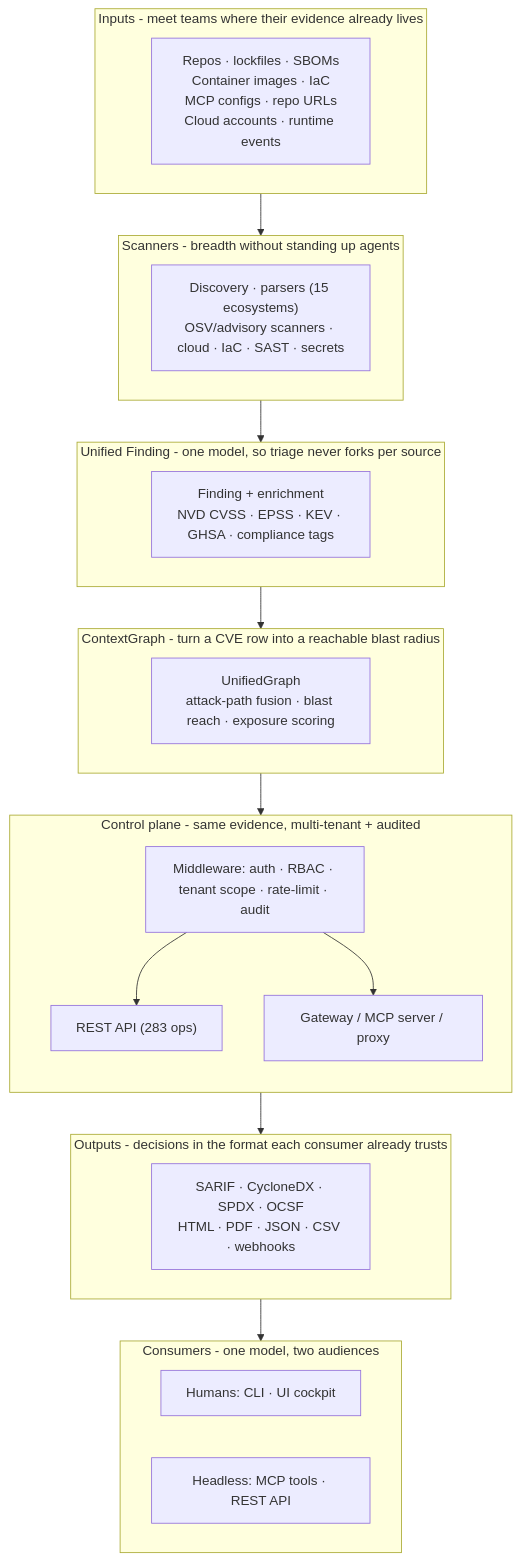
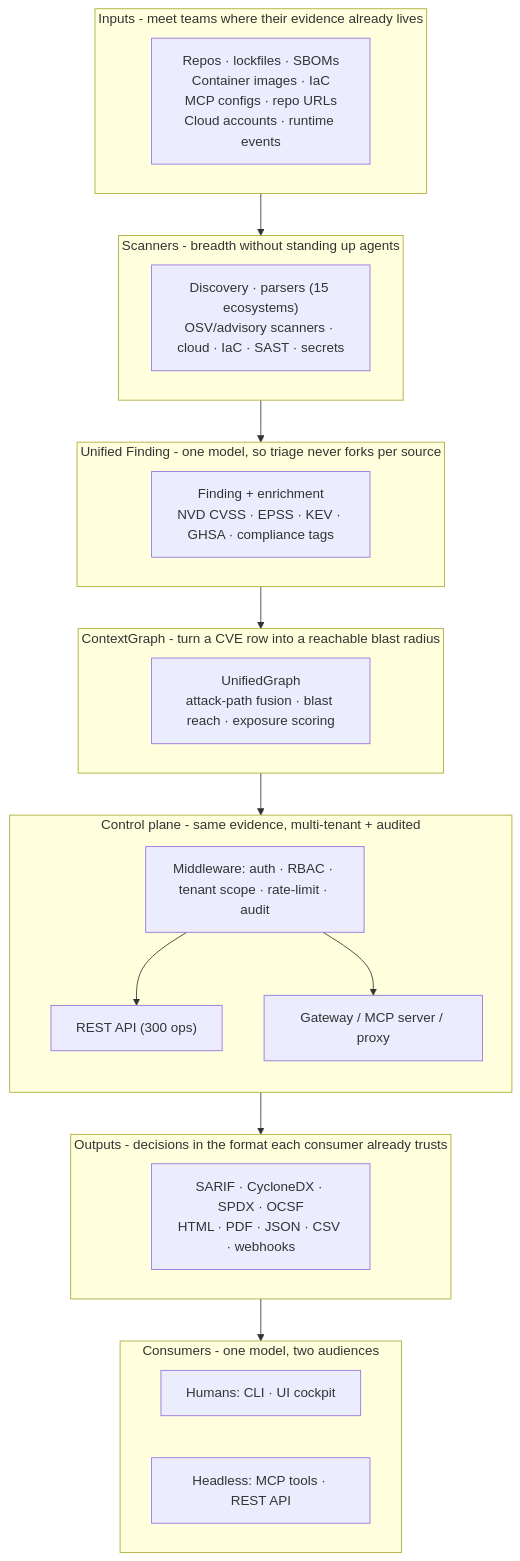
Before and after one commit to msaad00/agent-bom: the second of 9 diagrams in docs/ARCHITECTURE.md, drawn with Mermaid. The commit also changed other lines of this file and 4 other files, not shown here.

First line of the commit message:
docs: reconcile counts to merged main (300 API ops, 36 route modules, 73 MCP tools)

````diff
--- a/docs/ARCHITECTURE.md
+++ b/docs/ARCHITECTURE.md
@@ -61,32 +61,32 @@
 ```mermaid
 flowchart TB
     subgraph L1["Inputs - meet teams where their evidence already lives"]
         IN["Repos · lockfiles · SBOMs\nContainer images · IaC\nMCP configs · repo URLs\nCloud accounts · runtime events"]
     end
     subgraph L2["Scanners - breadth without standing up agents"]
         SC["Discovery · parsers (15 ecosystems)\nOSV/advisory scanners · cloud · IaC · SAST · secrets"]
     end
     subgraph L3["Unified Finding - one model, so triage never forks per source"]
         FD["Finding + enrichment\nNVD CVSS · EPSS · KEV · GHSA · compliance tags"]
     end
     subgraph L4["ContextGraph - turn a CVE row into a reachable blast radius"]
         GR["UnifiedGraph\nattack-path fusion · blast reach · exposure scoring"]
     end
     subgraph L5["Control plane - same evidence, multi-tenant + audited"]
         direction TB
         MW["Middleware: auth · RBAC · tenant scope · rate-limit · audit"]
-        API["REST API (283 ops)"]
+        API["REST API (300 ops)"]
         GW["Gateway / MCP server / proxy"]
         MW --> API
         MW --> GW
     end
     subgraph L6["Outputs - decisions in the format each consumer already trusts"]
         OUT["SARIF · CycloneDX · SPDX · OCSF\nHTML · PDF · JSON · CSV · webhooks"]
     end
     subgraph L7["Consumers - one model, two audiences"]
         HUM["Humans: CLI · UI cockpit"]
         AG["Headless: MCP tools · REST API"]
     end
 
     L1 --> L2 --> L3 --> L4 --> L5 --> L6 --> L7
 ```
````
